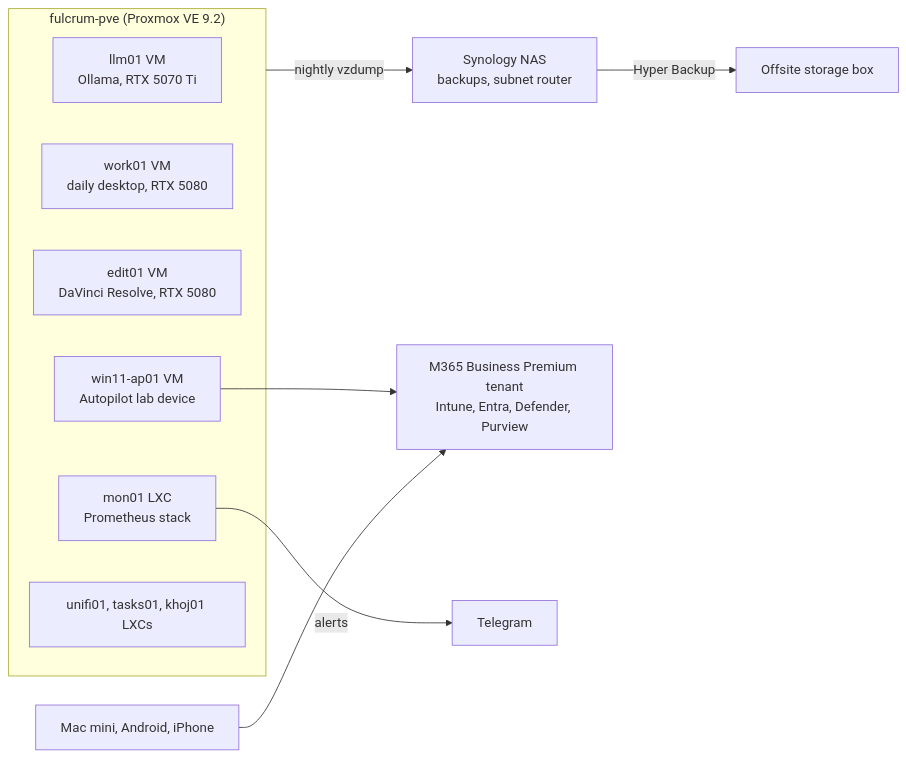
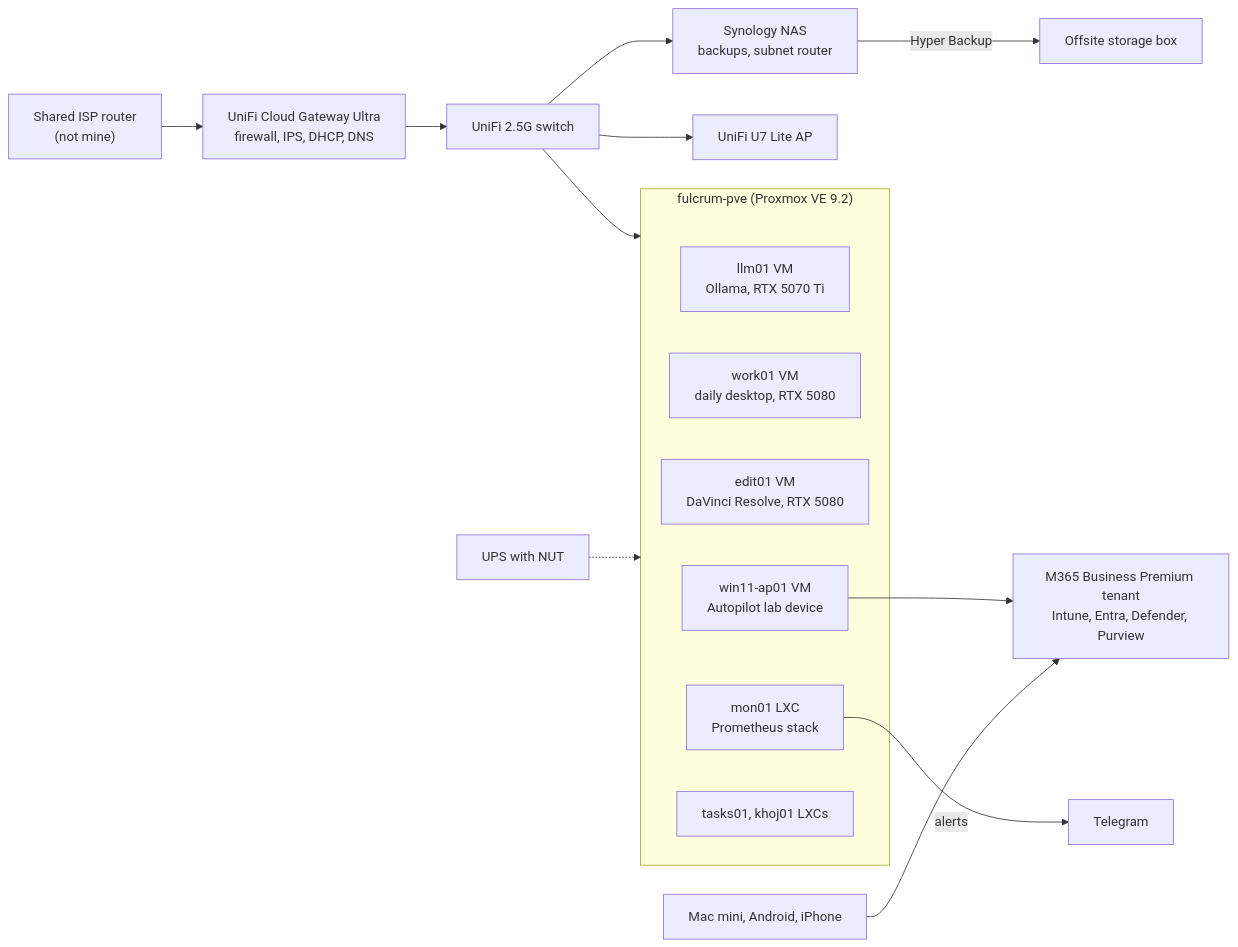
The diagram in README.md (jacobollis/homelab), drawn with Mermaid before and after one commit. The commit also changed other lines of this file and 8 other files, not shown here.

Commit message:
docs: add gateway, renumber and UPS work

````diff
--- a/README.md
+++ b/README.md
@@ -31,21 +32,21 @@
 ```mermaid
 flowchart LR
+  isp["Shared ISP router<br/>(not mine)"] --> gw["UniFi Cloud Gateway Ultra<br/>firewall, IPS, DHCP, DNS"]
+  gw --> sw["UniFi 2.5G switch"]
+  sw --> ap["UniFi U7 Lite AP"]
   subgraph host["fulcrum-pve (Proxmox VE 9.2)"]
     llm01["llm01 VM<br/>Ollama, RTX 5070 Ti"]
     work01["work01 VM<br/>daily desktop, RTX 5080"]
     edit01["edit01 VM<br/>DaVinci Resolve, RTX 5080"]
     ap01["win11-ap01 VM<br/>Autopilot lab device"]
     mon01["mon01 LXC<br/>Prometheus stack"]
-    other["unifi01, tasks01, khoj01 LXCs"]
+    other["tasks01, khoj01 LXCs"]
   end
-  nas["Synology NAS<br/>backups, subnet router"]
-  offsite["Offsite storage box"]
-  tenant["M365 Business Premium tenant<br/>Intune, Entra, Defender, Purview"]
-  devices["Mac mini, Android, iPhone"]
-
-  host -- "nightly vzdump" --> nas
-  nas -- "Hyper Backup" --> offsite
+  sw --> host
+  sw --> nas["Synology NAS<br/>backups, subnet router"]
+  ups["UPS with NUT"] -.-> host
+  nas -- "Hyper Backup" --> offsite["Offsite storage box"]
   mon01 -- "alerts" --> phone["Telegram"]
-  ap01 --> tenant
-  devices --> tenant
+  ap01 --> tenant["M365 Business Premium tenant<br/>Intune, Entra, Defender, Purview"]
+  devices["Mac mini, Android, iPhone"] --> tenant
 ```
````
